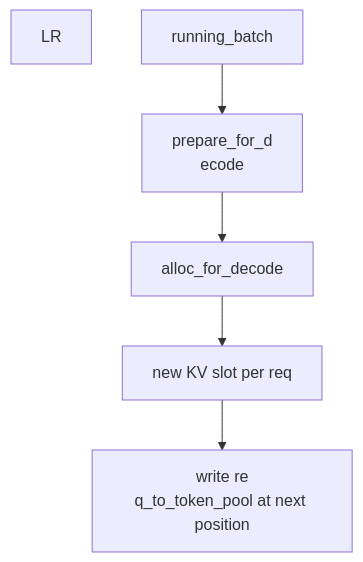
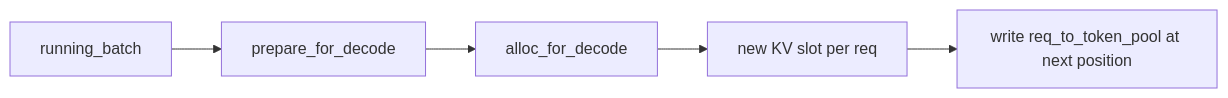
One commit to cl-vv-h/AI_Infra_Tutor_Page changed the eighth of 11 diagrams in src/data/sglang-content/sglang-source-reading/03-kv-cache-radix-cache.md. Above: the diagram before and after it, drawn with Mermaid. The commit also changed other lines of this file and 25 other files, not shown here.

Commit message:
Fix markdown rendering with react-markdown, add SGLang knowledge graph

````diff
--- a/src/data/sglang-content/sglang-source-reading/03-kv-cache-radix-cache.md
+++ b/src/data/sglang-content/sglang-source-reading/03-kv-cache-radix-cache.md
@@ -377,11 +171,7 @@
 ```mermaid
-flowchart
- LR
-  A["running_batch"] --> B["prepare_for_d
-ecode"]
+flowchart LR
+  A["running_batch"] --> B["prepare_for_decode"]
   B --> C["alloc_for_decode"]
-  C -->
- D["new KV slot per req"]
-  D --> E["write re
-q_to_token_pool at next position"]
+  C --> D["new KV slot per req"]
+  D --> E["write req_to_token_pool at next position"]
 ```
````
